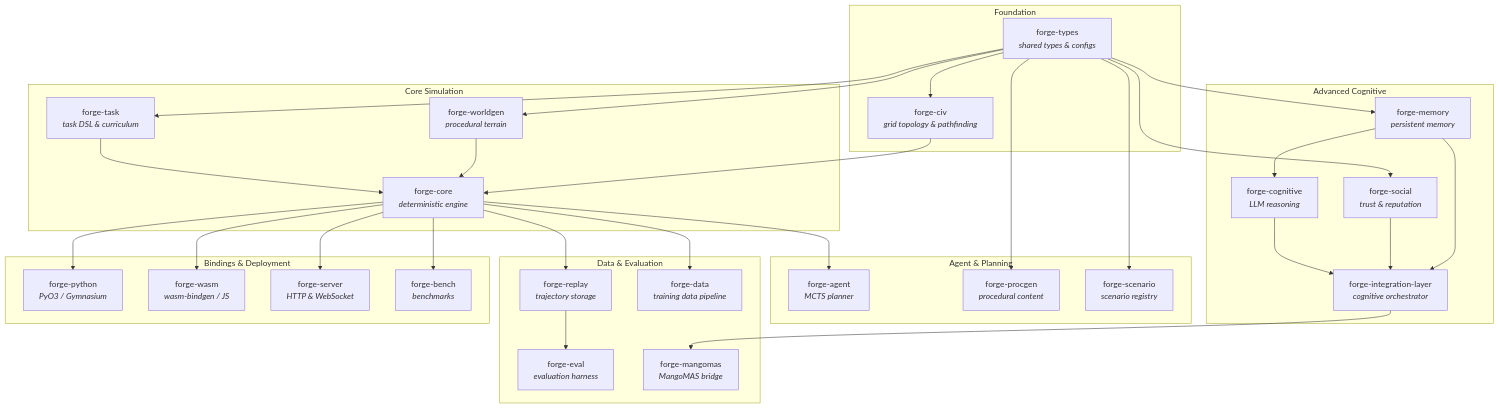
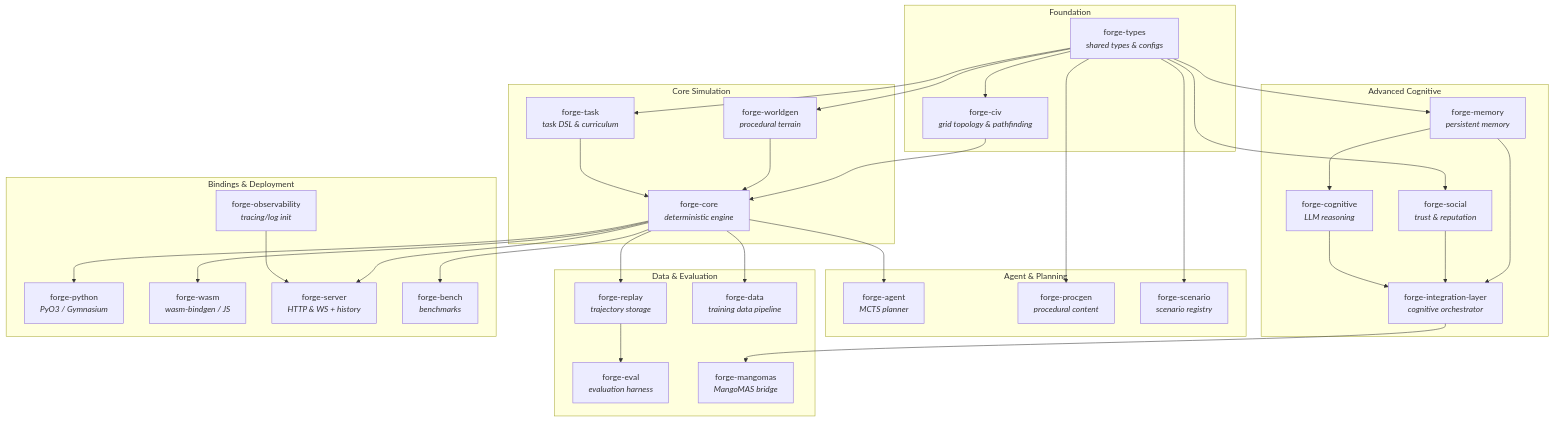
One commit to ianshank/FORGE changed the diagram in README.md. Above: the diagram before and after it, drawn with Mermaid. The commit also changed other lines of this file and 8 other files, not shown here.

First line of the commit message:
docs: reflect observability/security/history/dashboard changes + ignores

````diff
--- a/README.md
+++ b/README.md
@@ -153,67 +154,69 @@
 ```mermaid
 graph TD
     subgraph "Foundation"
         forge_types["forge-types<br/><i>shared types & configs</i>"]
         forge_civ["forge-civ<br/><i>grid topology & pathfinding</i>"]
     end
 
     subgraph "Core Simulation"
         forge_worldgen["forge-worldgen<br/><i>procedural terrain</i>"]
         forge_task["forge-task<br/><i>task DSL & curriculum</i>"]
         forge_core["forge-core<br/><i>deterministic engine</i>"]
     end
 
     subgraph "Agent & Planning"
         forge_agent["forge-agent<br/><i>MCTS planner</i>"]
         forge_procgen["forge-procgen<br/><i>procedural content</i>"]
         forge_scenario["forge-scenario<br/><i>scenario registry</i>"]
     end
 
     subgraph "Advanced Cognitive"
         forge_memory["forge-memory<br/><i>persistent memory</i>"]
         forge_social["forge-social<br/><i>trust & reputation</i>"]
         forge_cognitive["forge-cognitive<br/><i>LLM reasoning</i>"]
         forge_integration["forge-integration-layer<br/><i>cognitive orchestrator</i>"]
     end
 
     subgraph "Data & Evaluation"
         forge_replay["forge-replay<br/><i>trajectory storage</i>"]
         forge_eval["forge-eval<br/><i>evaluation harness</i>"]
         forge_data["forge-data<br/><i>training data pipeline</i>"]
         forge_mangomas["forge-mangomas<br/><i>MangoMAS bridge</i>"]
     end
 
     subgraph "Bindings & Deployment"
         forge_python["forge-python<br/><i>PyO3 / Gymnasium</i>"]
         forge_wasm["forge-wasm<br/><i>wasm-bindgen / JS</i>"]
-        forge_server["forge-server<br/><i>HTTP & WebSocket</i>"]
+        forge_server["forge-server<br/><i>HTTP & WS + history</i>"]
+        forge_observability["forge-observability<br/><i>tracing/log init</i>"]
         forge_bench["forge-bench<br/><i>benchmarks</i>"]
     end
 
     forge_types --> forge_worldgen
     forge_types --> forge_task
     forge_types --> forge_civ
     forge_types --> forge_memory
     forge_types --> forge_social
     forge_types --> forge_procgen
     forge_types --> forge_scenario
 
     forge_civ --> forge_core
     forge_worldgen --> forge_core
     forge_task --> forge_core
     forge_core --> forge_agent
     forge_memory --> forge_cognitive
     forge_memory --> forge_integration
     forge_social --> forge_integration
     forge_cognitive --> forge_integration
 
     forge_core --> forge_replay
     forge_replay --> forge_eval
     forge_core --> forge_data
     forge_integration --> forge_mangomas
 
     forge_core --> forge_python
     forge_core --> forge_wasm
     forge_core --> forge_server
     forge_core --> forge_bench
+    forge_observability --> forge_server
 ```
````
